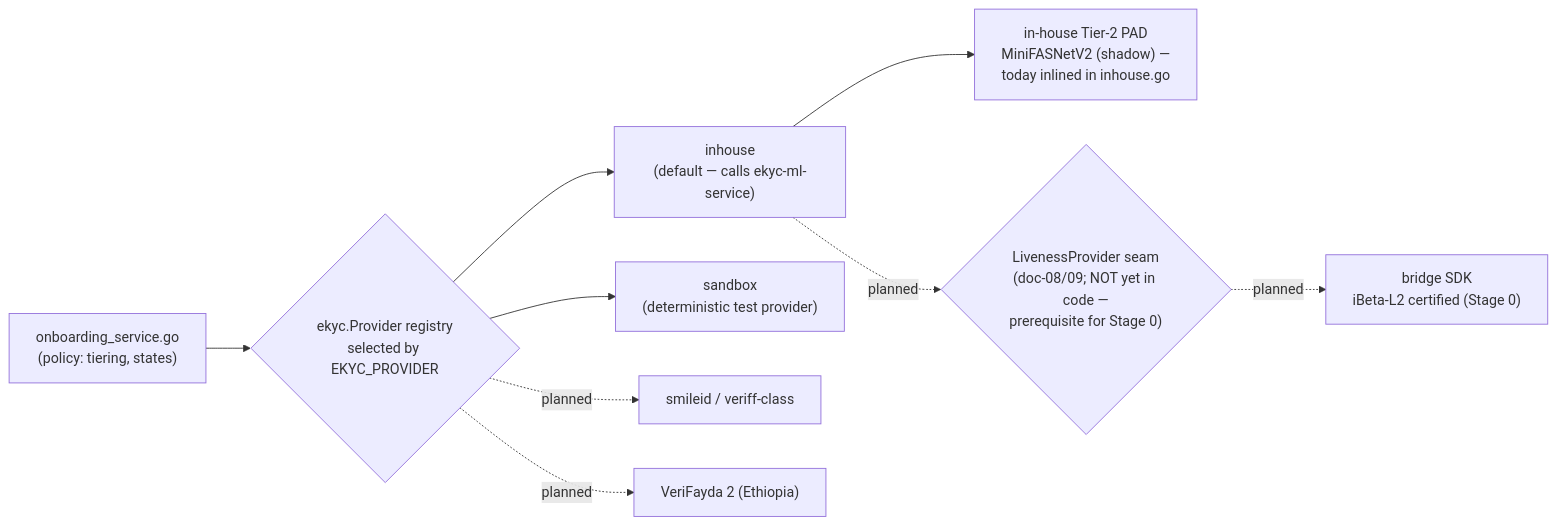
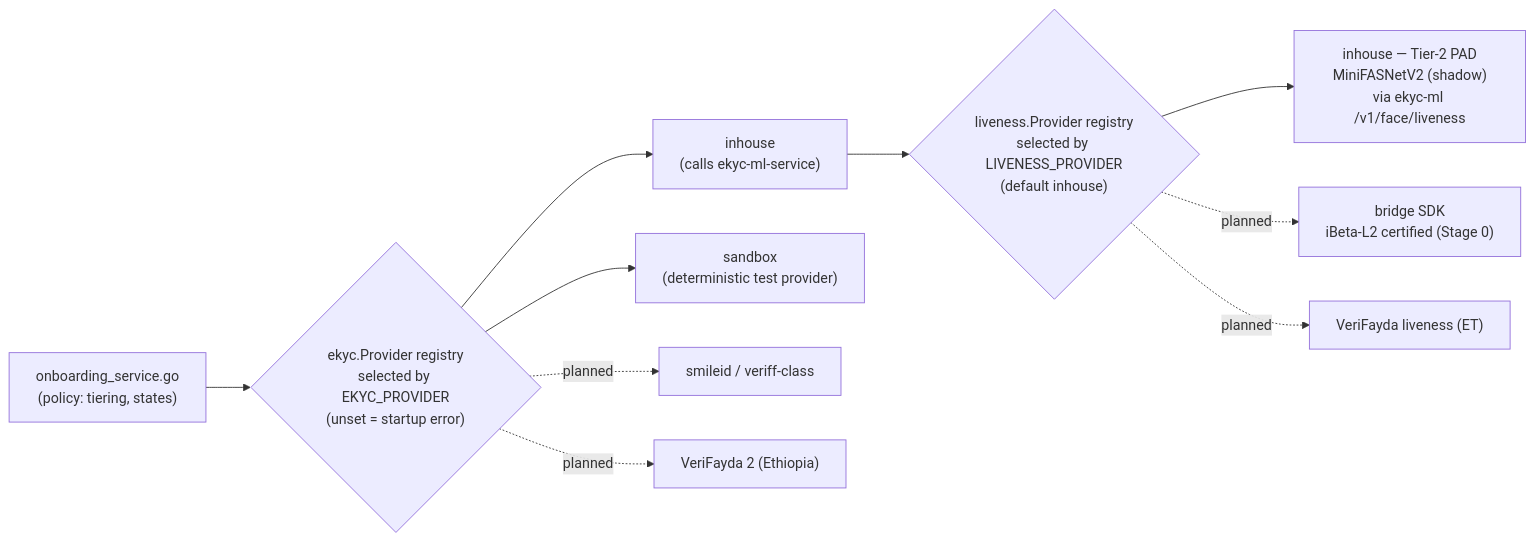
Before and after one commit to aktech-io/AthenaIntelligentLMS: the second of 4 diagrams in docs/ekyc/02-system-architecture.md, drawn with Mermaid. The commit also changed other lines of this file and 17 other files, not shown here.

Commit message:
feat(compliance): LivenessProvider seam, structured liveness observability columns, fail-closed EKYC_PROVIDER default

````diff
--- a/docs/ekyc/02-system-architecture.md
+++ b/docs/ekyc/02-system-architecture.md
@@ -81,11 +81,12 @@
 ```mermaid
 flowchart LR
-    OS["onboarding_service.go<br/>(policy: tiering, states)"] --> REG{"ekyc.Provider registry<br/>selected by EKYC_PROVIDER"}
-    REG --> IN["inhouse<br/>(default — calls ekyc-ml-service)"]
+    OS["onboarding_service.go<br/>(policy: tiering, states)"] --> REG{"ekyc.Provider registry<br/>selected by EKYC_PROVIDER<br/>(unset = startup error)"}
+    REG --> IN["inhouse<br/>(calls ekyc-ml-service)"]
     REG --> SB["sandbox<br/>(deterministic test provider)"]
     REG -.planned.-> SM["smileid / veriff-class"]
     REG -.planned.-> VF["VeriFayda 2 (Ethiopia)"]
-    IN --> T2["in-house Tier-2 PAD<br/>MiniFASNetV2 (shadow) —<br/>today inlined in inhouse.go"]
-    IN -.planned.-> LREG{"LivenessProvider seam<br/>(doc-08/09; NOT yet in code —<br/>prerequisite for Stage 0)"}
+    IN --> LREG{"liveness.Provider registry<br/>selected by LIVENESS_PROVIDER<br/>(default inhouse)"}
+    LREG --> T2["inhouse — Tier-2 PAD<br/>MiniFASNetV2 (shadow)<br/>via ekyc-ml /v1/face/liveness"]
     LREG -.planned.-> BR["bridge SDK<br/>iBeta-L2 certified (Stage 0)"]
+    LREG -.planned.-> VFL["VeriFayda liveness (ET)"]
 ```
````
